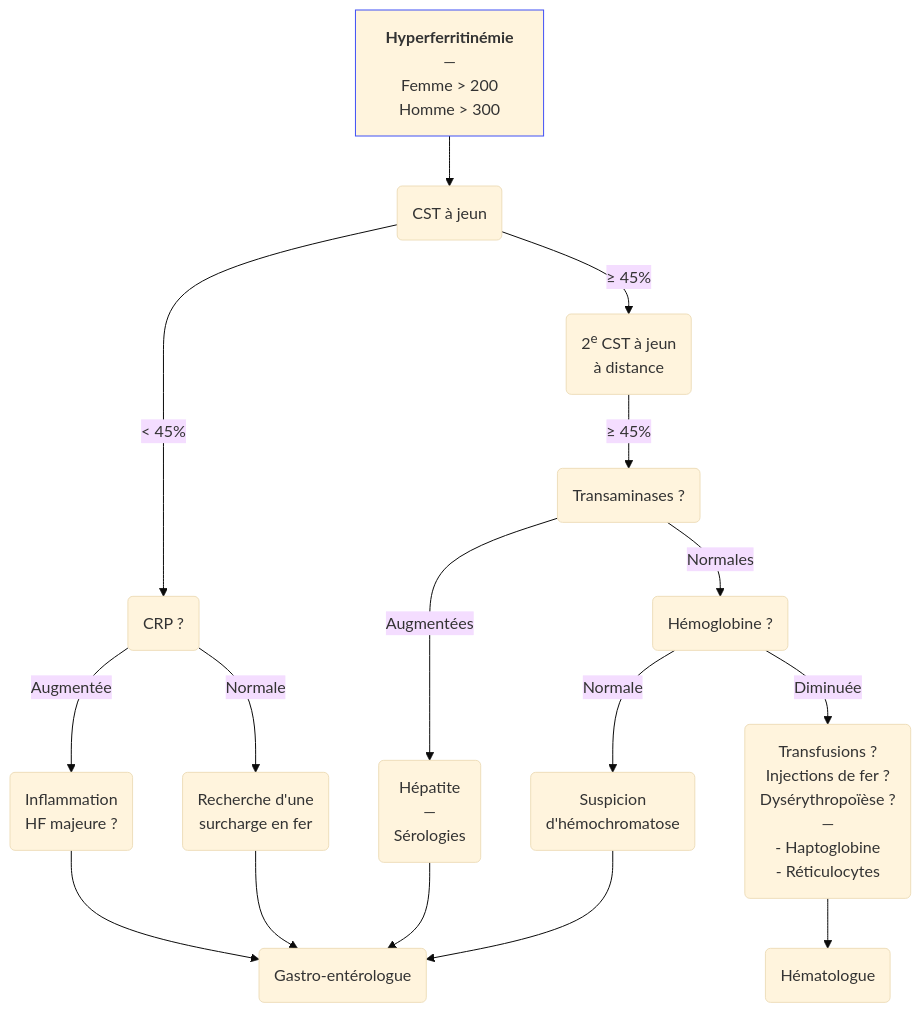
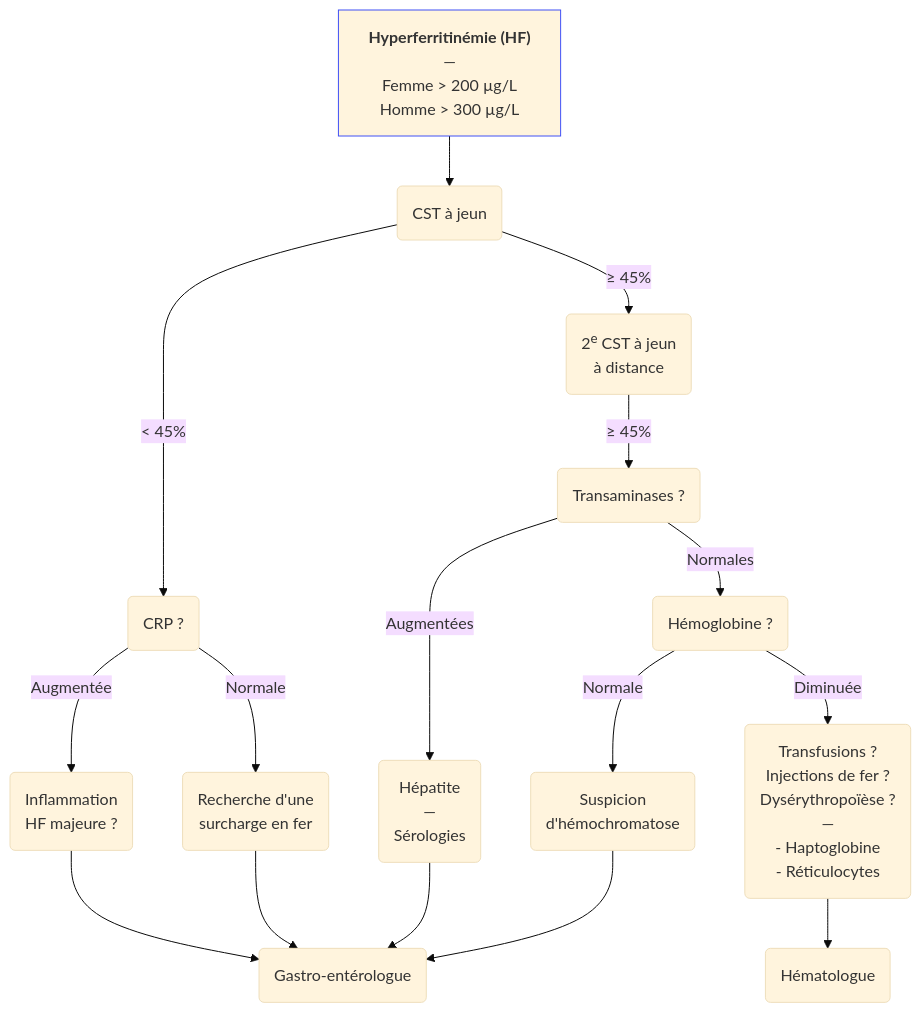
One commit to djibe/recommandations-medicales changed the diagram in content/recommandations/hyperferritinemie.md. Above: the diagram before and after it, drawn with Mermaid (base theme). The commit also changed other lines of this file and 35 other files, not shown here.

```diff
--- a/content/recommandations/hyperferritinemie.md
+++ b/content/recommandations/hyperferritinemie.md
@@ -221,19 +221,19 @@
 {{< mermaid title="Prise en charge diagnostique d'une hyperferritinémie. Dr JB Fron d'après SNFGE 2019" >}}
 graph TB
 accTitle: Prise en charge diagnostique d'une hyperferritinémie d'après SNFGE 2019
-  HF["<b>Hyperferritinémie</b><br>—<br>Femme &gt; 200<br>Homme &gt; 300"] --> CST(CST à jeun)
+  HF["<b>Hyperferritinémie (HF)</b><br>—<br>Femme &gt; 200 µg/L<br>Homme &gt; 300 µg/L"] --> CST(CST à jeun)
   style HF stroke:#4150f5, stroke-width:1px
   CST -- "&lt; 45%" --> CRP(CRP ?)
       CRP -- Augmentée --> inflam(Inflammation<br>HF majeure ?)
         inflam --> gastro(Gastro-entérologue)
       CRP -- Normale --> surcharge(Recherche d'une<br>surcharge en fer)
         surcharge --> gastro
   CST -- "≥ 45%" --> CST2("2<sup>e</sup> CST à jeun<br>à distance") -- "≥ 45%" --> transa(Transaminases ?)
       transa -- Augmentées --> hepatite("Hépatite<br>—<br>Sérologies")
         hepatite --> gastro
       transa -- Normales --> Hb(Hémoglobine ?)
         Hb -- Normale --> HFE(Suspicion<br>d'hémochromatose)
           HFE --> gastro
         Hb -- Diminuée --> anemie("Transfusions ?<br>Injections de fer ?<br>Dysérythropoïèse ?<br>—<br>- Haptoglobine<br>- Réticulocytes")
           anemie --> hemato(Hématologue)
 {{< /mermaid >}}
```
